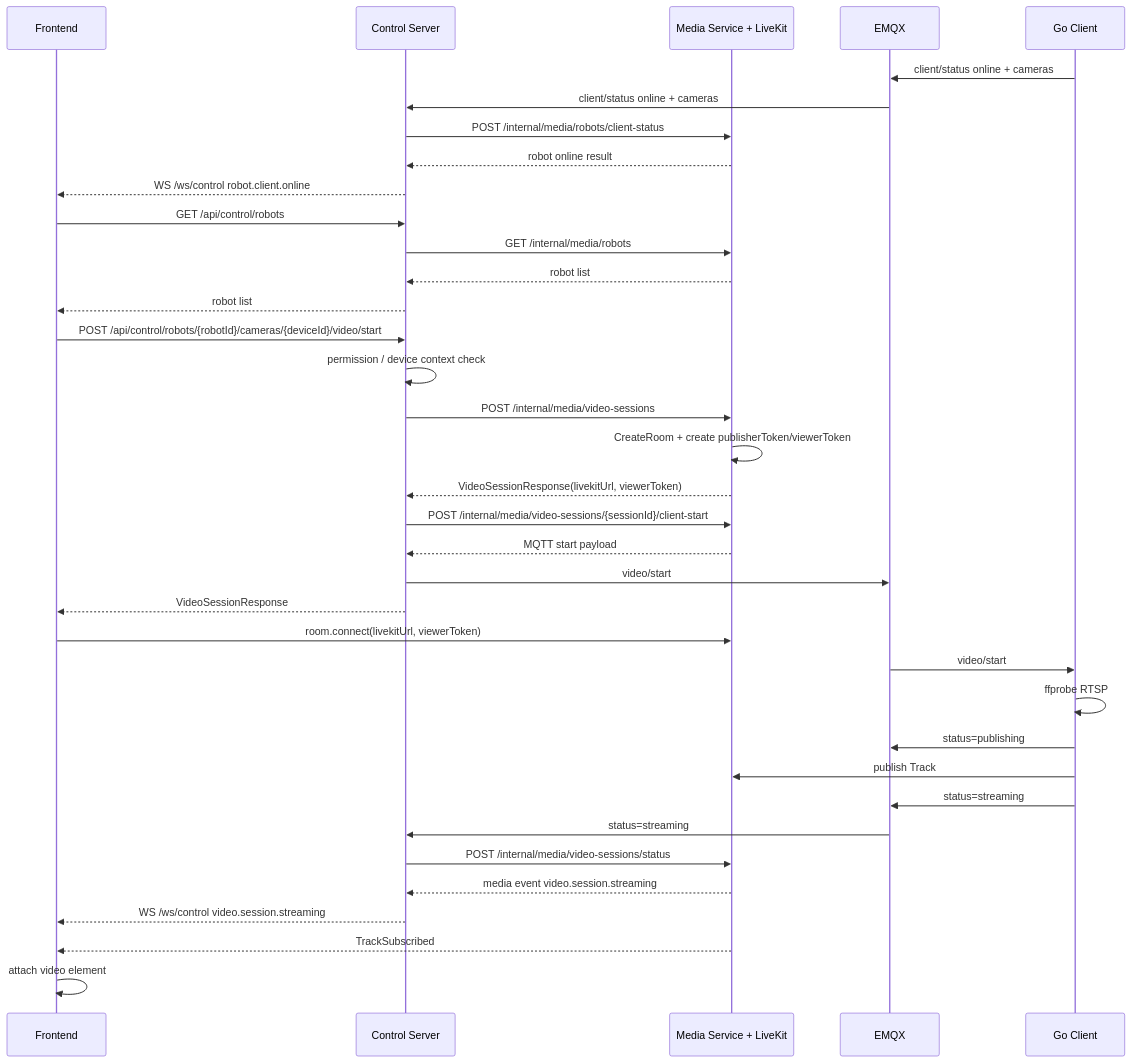
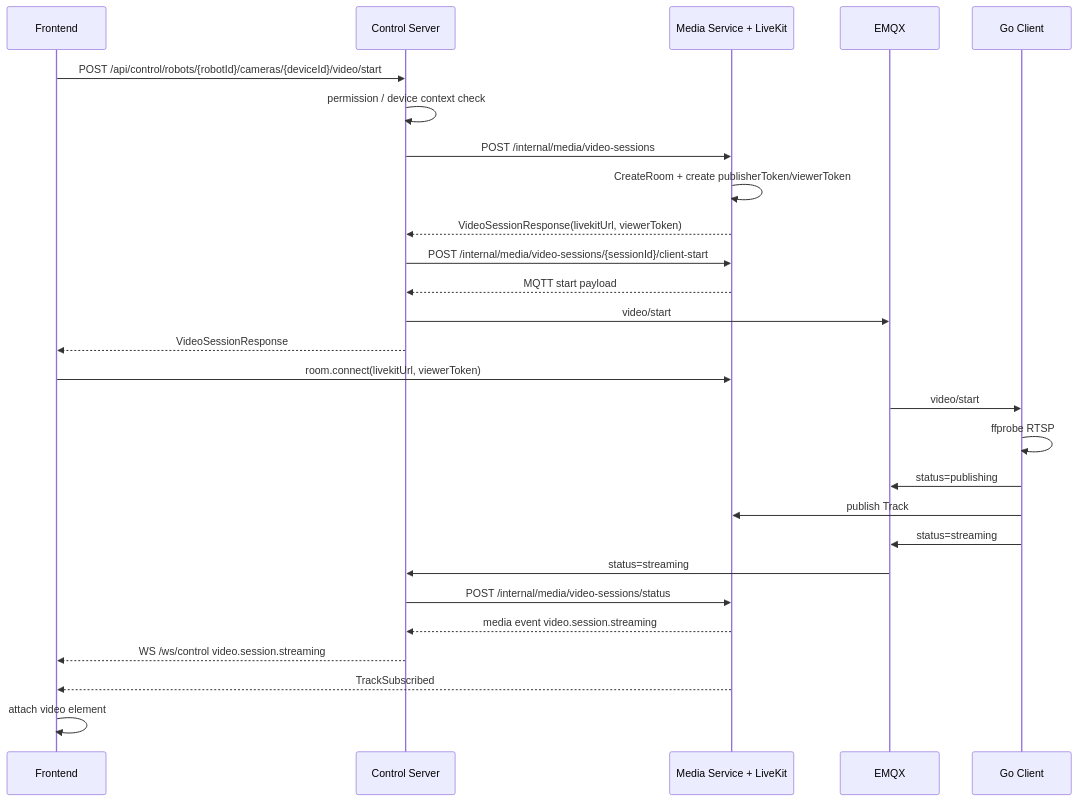
Before and after one commit to waleelay/robot: the diagram in docs/realtime-video-interface-flow.md, drawn with Mermaid. The commit also changed other lines of this file and 8 other files, not shown here.

````diff
--- a/docs/realtime-video-interface-flow.md
+++ b/docs/realtime-video-interface-flow.md
@@ -1121,42 +1121,32 @@
 ```mermaid
 sequenceDiagram
     participant FE as Frontend
     participant CS as Control Server
     participant ML as Media Service + LiveKit
     participant MQ as EMQX
     participant GO as Go Client
-
-    GO->>MQ: client/status online + cameras
-    MQ->>CS: client/status online + cameras
-    CS->>ML: POST /internal/media/robots/client-status
-    ML-->>CS: robot online result
-    CS-->>FE: WS /ws/control robot.client.online
-    FE->>CS: GET /api/control/robots
-    CS->>ML: GET /internal/media/robots
-    ML-->>CS: robot list
-    CS-->>FE: robot list
 
     FE->>CS: POST /api/control/robots/{robotId}/cameras/{deviceId}/video/start
     CS->>CS: permission / device context check
     CS->>ML: POST /internal/media/video-sessions
     ML->>ML: CreateRoom + create publisherToken/viewerToken
     ML-->>CS: VideoSessionResponse(livekitUrl, viewerToken)
     CS->>ML: POST /internal/media/video-sessions/{sessionId}/client-start
     ML-->>CS: MQTT start payload
     CS->>MQ: video/start
     CS-->>FE: VideoSessionResponse
 
     FE->>ML: room.connect(livekitUrl, viewerToken)
 
     MQ->>GO: video/start
     GO->>GO: ffprobe RTSP
     GO->>MQ: status=publishing
     GO->>ML: publish Track
     GO->>MQ: status=streaming
     MQ->>CS: status=streaming
     CS->>ML: POST /internal/media/video-sessions/status
     ML-->>CS: media event video.session.streaming
     CS-->>FE: WS /ws/control video.session.streaming
     ML-->>FE: TrackSubscribed
     FE->>FE: attach video element
 ```
````
